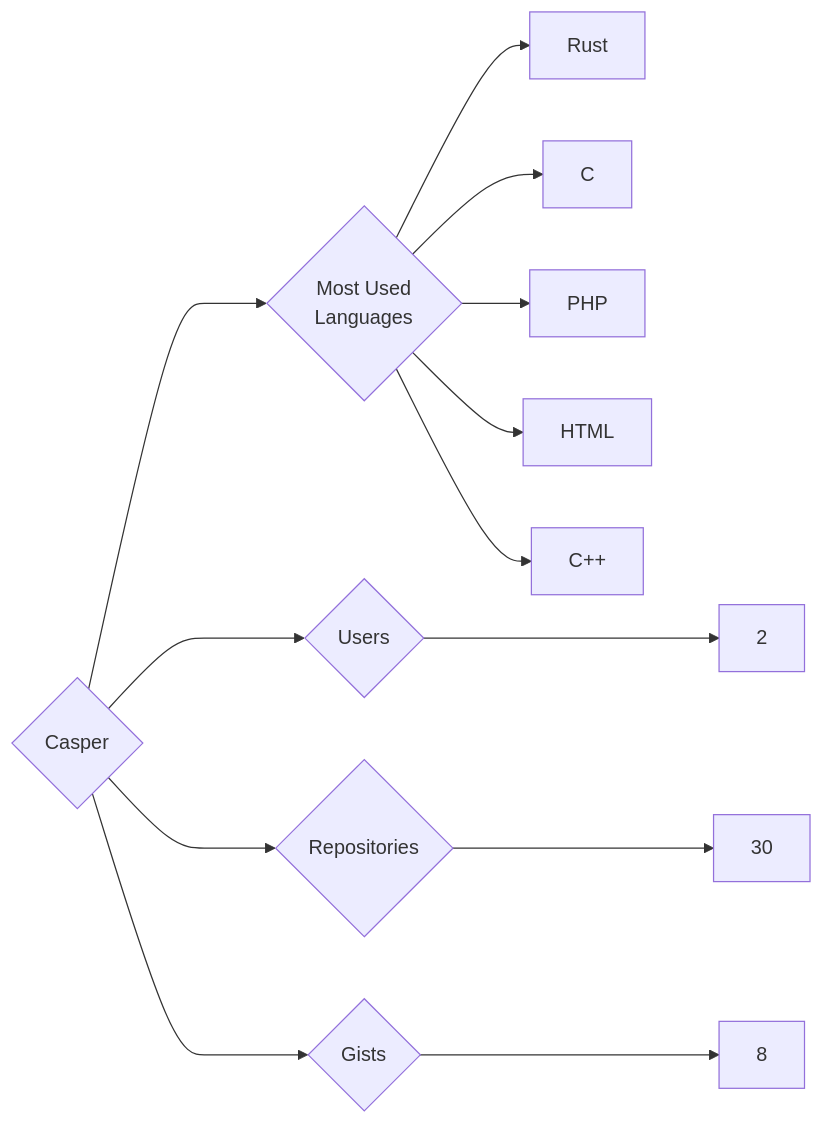
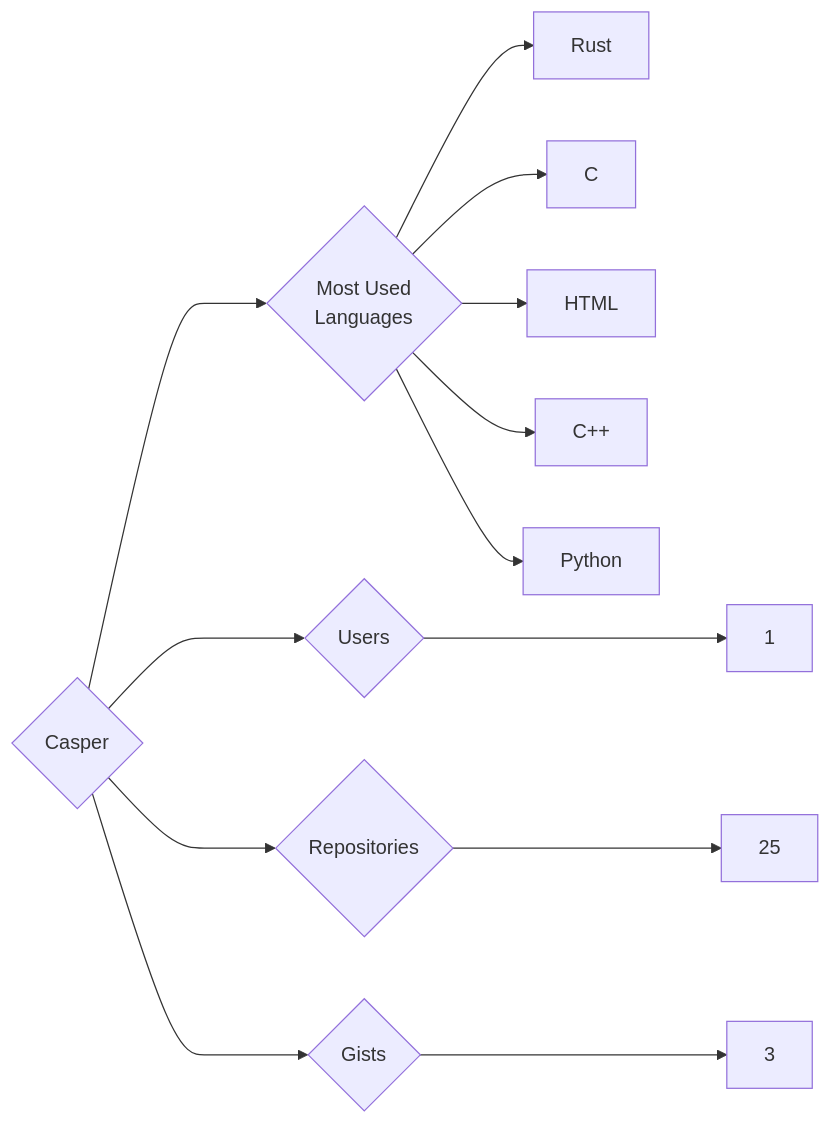
One commit to trickest/insiders changed the diagram in targets/Casper/README.md. Above: the diagram before and after it, drawn with Mermaid. The commit also changed 1020 other files, not shown here.

````diff
--- a/targets/Casper/README.md
+++ b/targets/Casper/README.md
@@ -3,13 +3,13 @@
 ```mermaid
 graph LR
 COMPANY_NAME{Casper}
-COMPANY_NAME ---> U{Users} ---> UN[2]
-COMPANY_NAME ---> R{Repositories} ---> RN[30]
-COMPANY_NAME ---> G{Gists} ---> GN[8]
+COMPANY_NAME ---> U{Users} ---> UN[1]
+COMPANY_NAME ---> R{Repositories} ---> RN[25]
+COMPANY_NAME ---> G{Gists} ---> GN[3]
 COMPANY_NAME ---> ML{Most Used<br>Languages}
 ML --> Rust[Rust]
 ML --> C[C]
-ML --> PHP[PHP]
 ML --> HTML[HTML]
 ML --> C++[C++]
+ML --> Python[Python]
 ```
````
